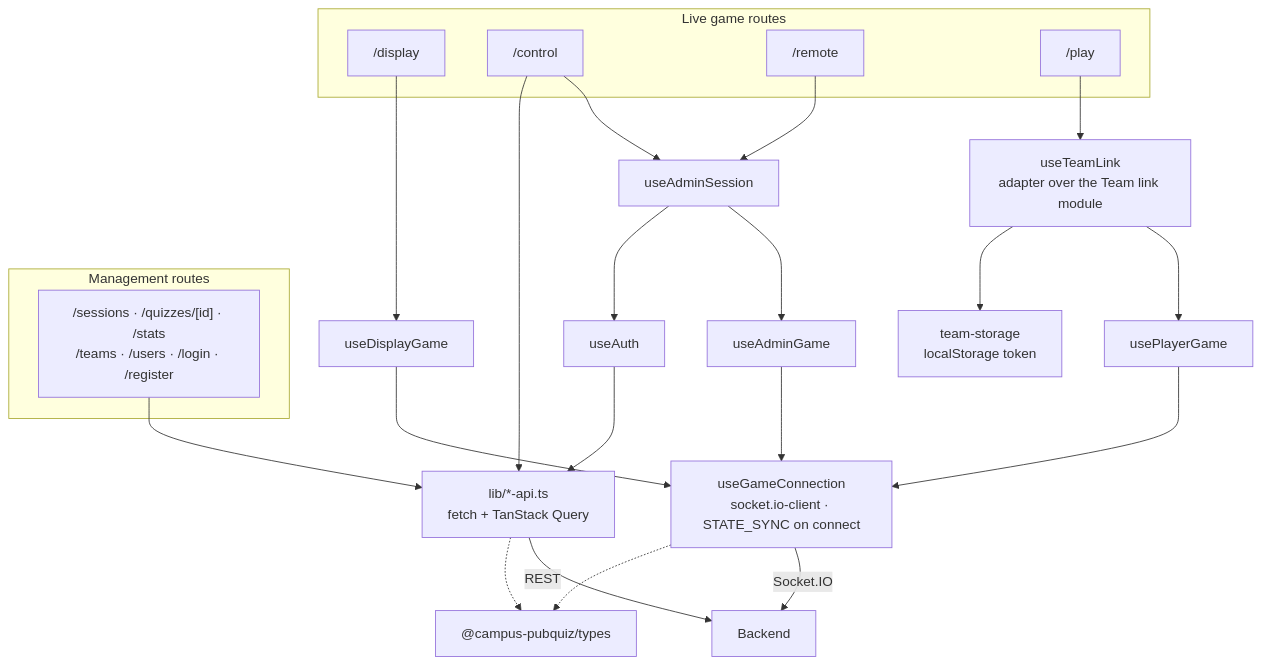
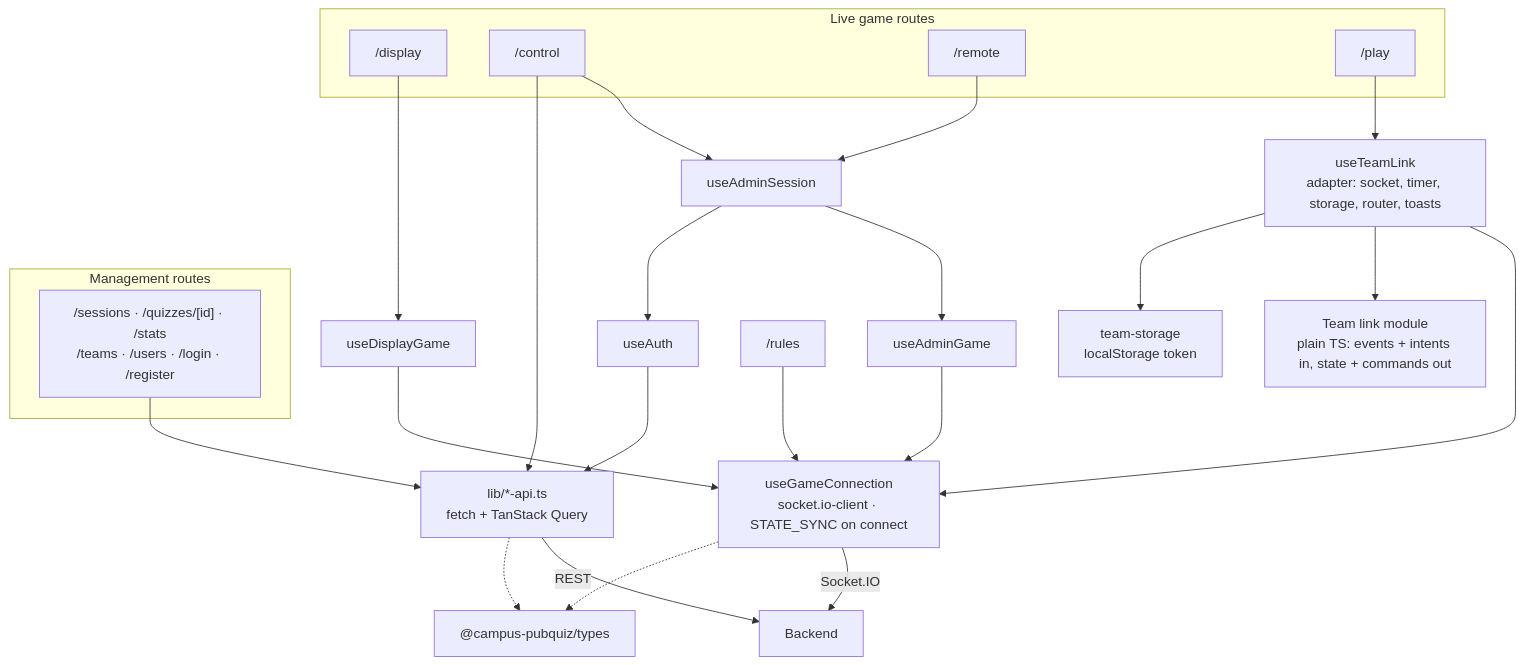
The eighth of 8 diagrams in docs/architecture.md (Sid0rr0/campus-pubquiz), drawn with Mermaid before and after one commit. The commit also changed 31 other files, not shown here.

First line of the commit message:
feat(frontend): move team data and the pending answer into the Team link; retire the player hook

````diff
--- a/docs/architecture.md
+++ b/docs/architecture.md
@@ -307,36 +307,38 @@
 ```mermaid
 flowchart TD
   subgraph live["Live game routes"]
     display["/display"]
     control["/control"]
     remote["/remote"]
     play["/play"]
   end
   subgraph manage["Management routes"]
     pages["/sessions · /quizzes/[id] · /stats<br/>/teams · /users · /login · /register"]
   end
 
   useDisplay["useDisplayGame"]
   useAdminSession["useAdminSession"]
   useAdmin["useAdminGame"]
-  useTeamLink["useTeamLink<br/>adapter over the Team link module"]
-  usePlayer["usePlayerGame"]
+  teamLink["Team link module<br/>plain TS: events + intents in, state + commands out"]
+  useTeamLink["useTeamLink<br/>adapter: socket, timer, storage, router, toasts"]
   useAuth["useAuth"]
   conn["useGameConnection<br/>socket.io-client · STATE_SYNC on connect"]
   api["lib/*-api.ts<br/>fetch + TanStack Query"]
   storage["team-storage<br/>localStorage token"]
   types["@campus-pubquiz/types"]
   be["Backend"]
 
   display --> useDisplay --> conn
   control & remote --> useAdminSession --> useAdmin --> conn
   useAdminSession --> useAuth
-  play --> useTeamLink --> usePlayer --> conn
+  play --> useTeamLink --> conn
+  useTeamLink --> teamLink
   useTeamLink --> storage
+  rules["/rules"] --> conn
   pages --> api
   control --> api
   useAuth --> api
   conn -->|Socket.IO| be
   api -->|REST| be
   conn & api -.-> types
 ```
````
